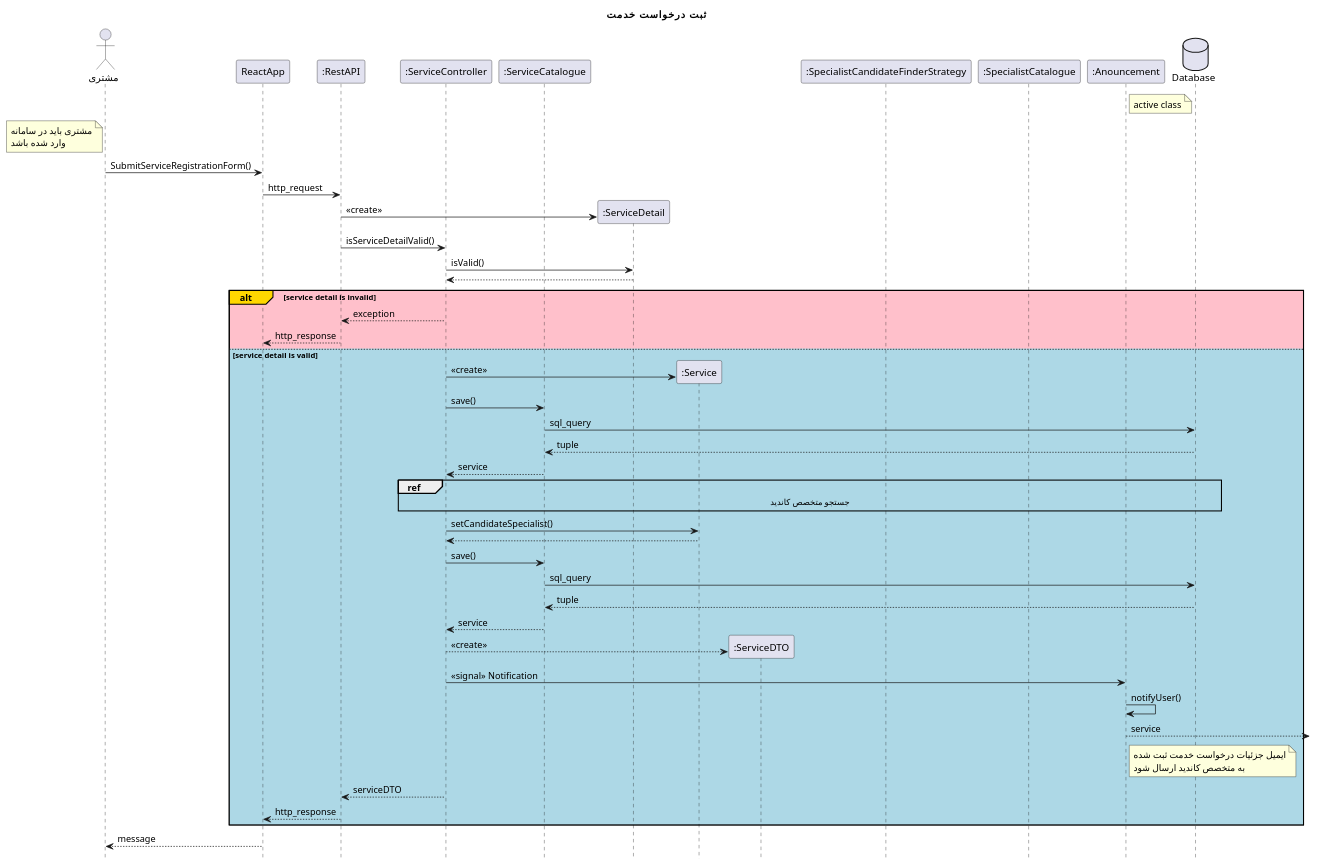
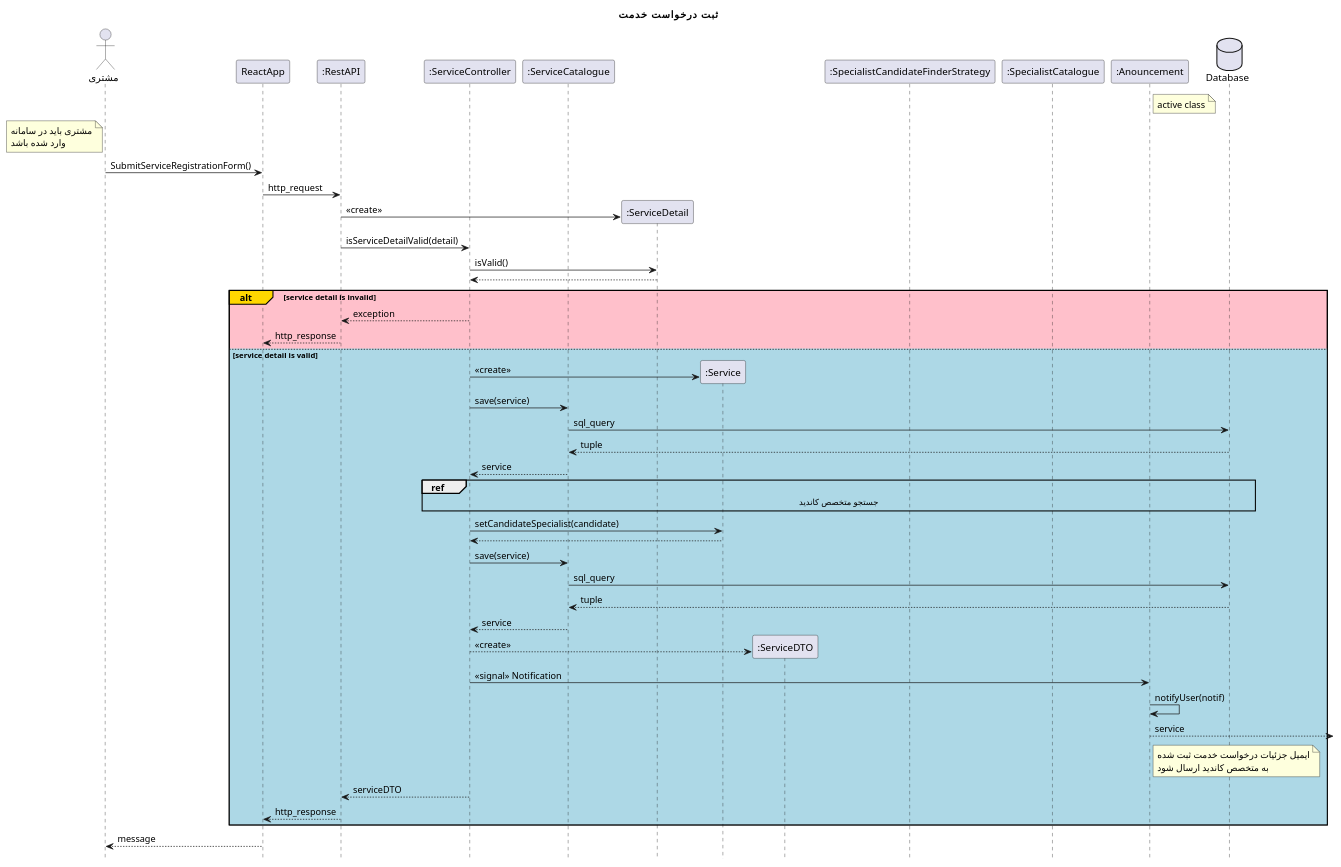
One commit to Khedmatkar-OOD-spring-2022/Model-and-Documents changed the diagram in design sequence diagams/registerService.plantuml. Above: the diagram before and after it, drawn with PlantUML. The commit also changed 26 other files, not shown here.

```diff
--- a/design sequence diagams/registerService.plantuml
+++ b/design sequence diagams/registerService.plantuml
@@ -1,61 +1,61 @@
 @startuml registerService
 hide footbox
 title "ثبت درخواست خدمت"
 actor       "مشتری" as customer
 participant ReactApp
 participant ":RestAPI" as RestAPI
 participant ":ServiceController" as ServiceController
 participant ":ServiceCatalogue" as ServiceCatalogue
 participant ":ServiceDetail" as ServiceDetail
 participant ":Service" as Service
 participant ":ServiceDTO" as ServiceDTO
 participant ":SpecialistCandidateFinderStrategy" as SpecialistCandidateFinderStrategy
 participant ":SpecialistCatalogue" as SpecialistCatalogue
 participant ":Anouncement" as Anouncement
 database Database
 note right of Anouncement
     active class
 end note
 note left of customer
     مشتری باید در سامانه
     وارد شده باشد
 end note
 
 customer -> ReactApp: SubmitServiceRegistrationForm()
 ReactApp -> RestAPI: http_request
 RestAPI -> ServiceDetail **: <<create>>
-RestAPI -> ServiceController: isServiceDetailValid()
+RestAPI -> ServiceController: isServiceDetailValid(detail)
 ServiceController -> ServiceDetail:  isValid()
 return
 alt#Gold #Pink service detail is invalid
 
     ServiceController --> RestAPI: exception
     RestAPI --> ReactApp: http_response
 
 else #LightBlue service detail is valid
 
     ServiceController -> Service **: <<create>>
-    ServiceController -> ServiceCatalogue: save()
+    ServiceController -> ServiceCatalogue: save(service)
     ServiceCatalogue -> Database: sql_query
     return tuple
     ServiceCatalogue --> ServiceController: service
     ref over ServiceController, SpecialistCandidateFinderStrategy, SpecialistCatalogue, Database: جستجو متخصص کاندید
-    ServiceController -> Service: setCandidateSpecialist()
+    ServiceController -> Service: setCandidateSpecialist(candidate)
     return
-    ServiceController -> ServiceCatalogue: save()
+    ServiceController -> ServiceCatalogue: save(service)
     ServiceCatalogue -> Database: sql_query
     return tuple
     ServiceCatalogue --> ServiceController: service
     ServiceController --> ServiceDTO **: <<create>>
     ServiceController -> Anouncement: <<signal>> Notification
-    Anouncement -> Anouncement: notifyUser()
+    Anouncement -> Anouncement: notifyUser(notif)
     Anouncement -->: service
     note right of Anouncement
         ایمیل جزئیات درخواست خدمت ثبت شده
         به متخصص کاندید ارسال شود
     end note
     ServiceController --> RestAPI: serviceDTO
     RestAPI --> ReactApp: http_response
 end
 ReactApp --> customer: message
 @enduml
```
